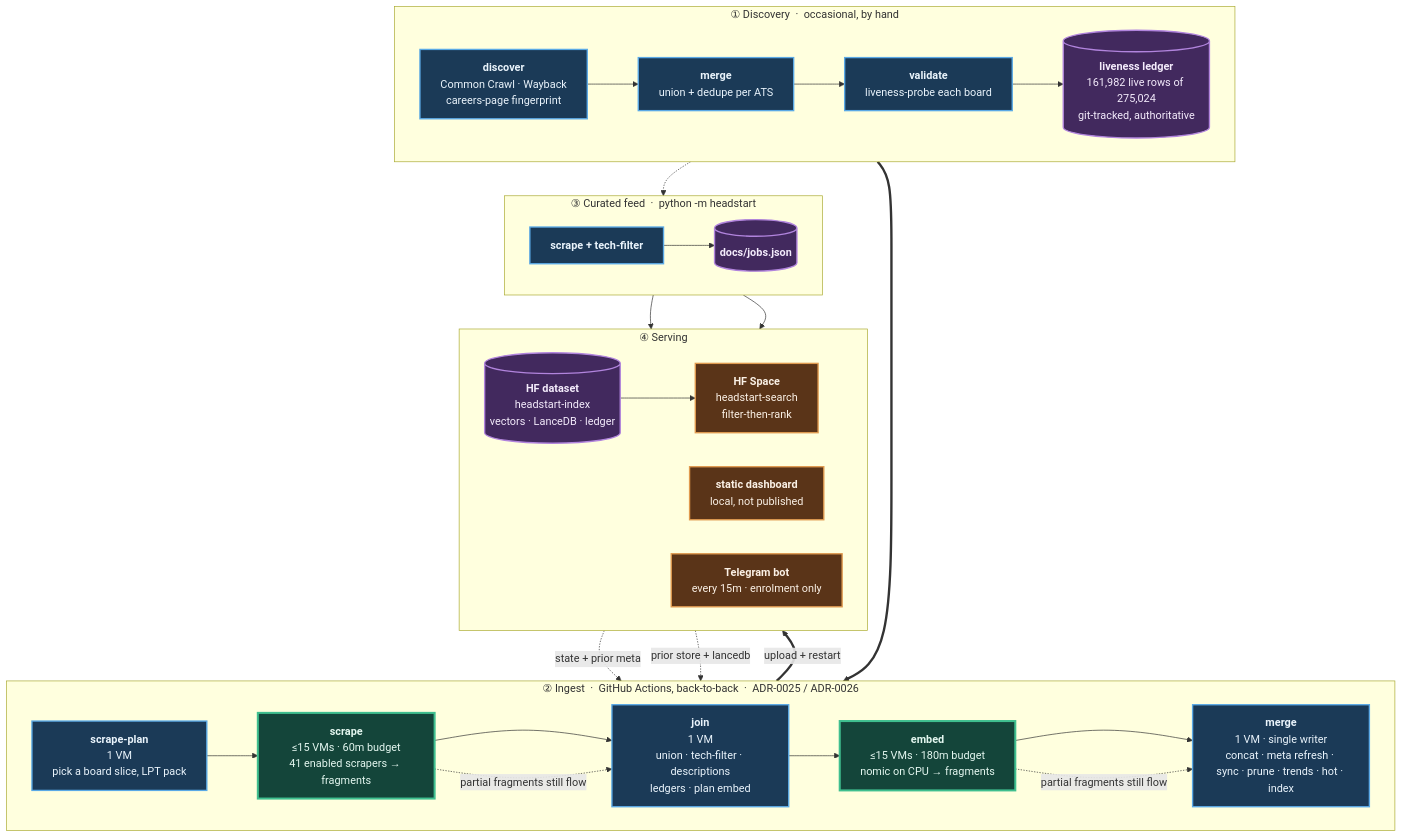
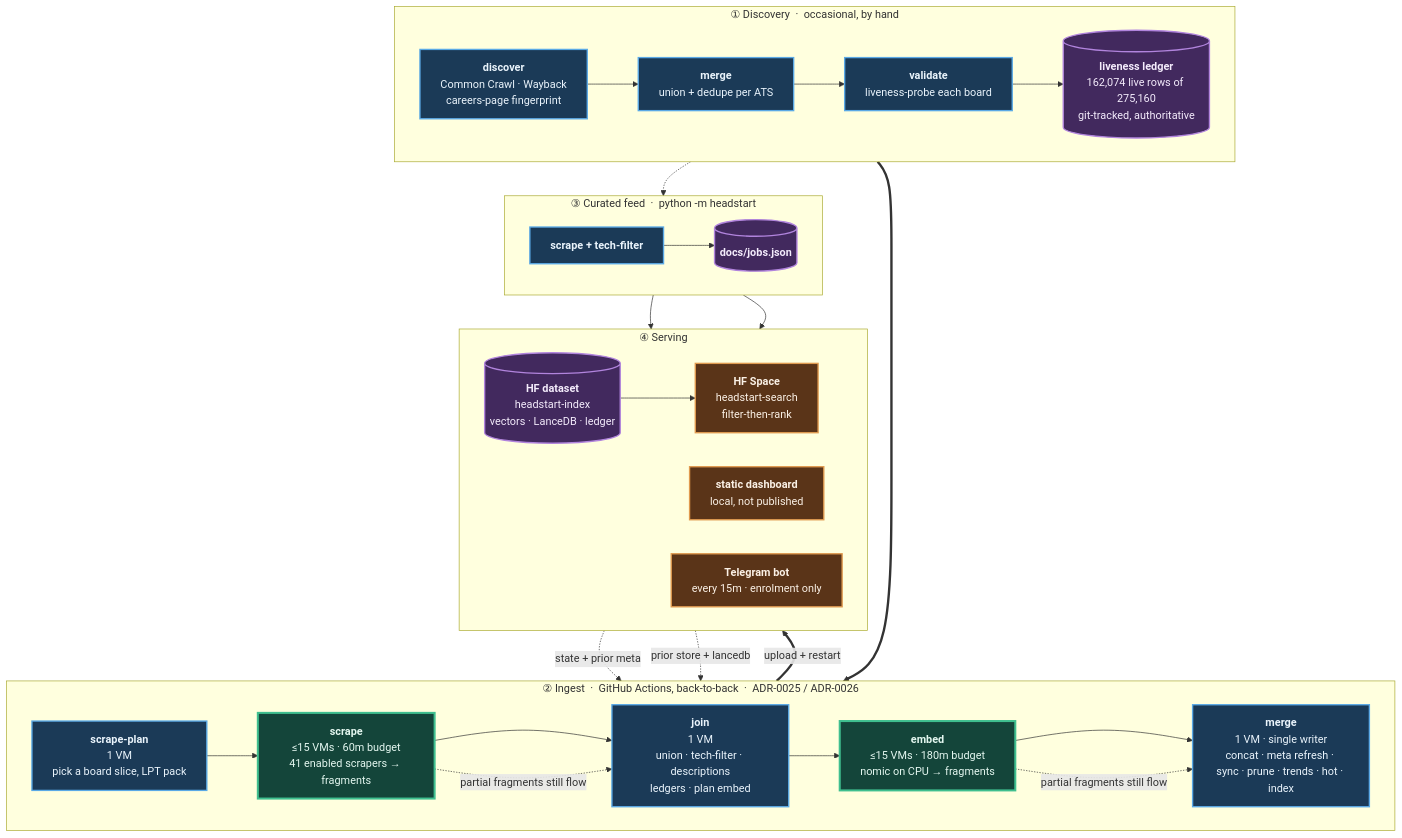
The diagram in README.md (sarthakjain004/headstart), drawn with Mermaid before and after one commit. The commit also changed other lines of this file and 5 other files, not shown here.

````diff
--- a/README.md
+++ b/README.md
@@ -171,56 +171,56 @@
 ```mermaid
 flowchart TB
     subgraph D["① Discovery &nbsp;·&nbsp; occasional, by hand"]
         direction LR
         D1["<b>discover</b><br/>Common Crawl · Wayback<br/>careers-page fingerprint"]
         D2["<b>merge</b><br/>union + dedupe per ATS"]
         D3["<b>validate</b><br/>liveness-probe each board"]
-        D4[("<b>liveness ledger</b><br/>161,982 live rows of 275,024<br/>git-tracked, authoritative")]
+        D4[("<b>liveness ledger</b><br/>162,074 live rows of 275,160<br/>git-tracked, authoritative")]
         D1 --> D2 --> D3 --> D4
     end
 
     subgraph P["② Ingest &nbsp;·&nbsp; GitHub Actions, back-to-back &nbsp;·&nbsp; ADR-0025 / ADR-0026"]
         direction LR
         P1["<b>scrape-plan</b><br/>1 VM<br/>pick a board slice, LPT pack"]
         P2["<b>scrape</b><br/>≤15 VMs · 60m budget<br/>41 enabled scrapers → fragments"]
         P3["<b>join</b><br/>1 VM<br/>union · tech-filter · descriptions<br/>ledgers · plan embed"]
         P4["<b>embed</b><br/>≤15 VMs · 180m budget<br/>nomic on CPU → fragments"]
         P5["<b>merge</b><br/>1 VM · single writer<br/>concat · meta refresh · sync · prune · trends · hot · index"]
         P1 --> P2 --> P3 --> P4 --> P5
     end
 
     subgraph F["③ Curated feed &nbsp;·&nbsp; python -m headstart"]
         direction LR
         F1["<b>scrape + tech-filter</b>"]
         F2[("<b>docs/jobs.json</b>")]
         F1 --> F2
     end
 
     subgraph S["④ Serving"]
         direction LR
         S1[("<b>HF dataset</b><br/>headstart-index<br/>vectors · LanceDB · ledger")]
         S2["<b>HF Space</b><br/>headstart-search<br/>filter-then-rank"]
         S3["<b>static dashboard</b><br/>local, not published"]
         S4["<b>Telegram bot</b><br/>every 15m · enrolment only"]
         S1 --> S2
     end
 
     D4 ==> P1
     S1 -. "state + prior meta" .-> P1
     S1 -. "prior store + lancedb" .-> P5
     D4 -.-> F1
     P5 ==>|"upload + restart"| S1
     F2 --> S3
     F2 --> S4
     P2 -. "partial fragments still flow" .-> P3
     P4 -. "partial fragments still flow" .-> P5
 
     classDef serial fill:#1b3a57,stroke:#5aa9e6,stroke-width:2px,color:#eaf4fc
     classDef fan fill:#14453a,stroke:#3fbf8f,stroke-width:3px,color:#e4f7f0
     classDef store fill:#42295e,stroke:#b184dd,stroke-width:2px,color:#f4ecfc
     classDef serve fill:#5a3418,stroke:#e09a4f,stroke-width:2px,color:#fbf1e6
     class D1,D2,D3,P1,P3,P5,F1 serial
     class P2,P4 fan
     class D4,F2,S1 store
     class S2,S3,S4 serve
 ```
````
